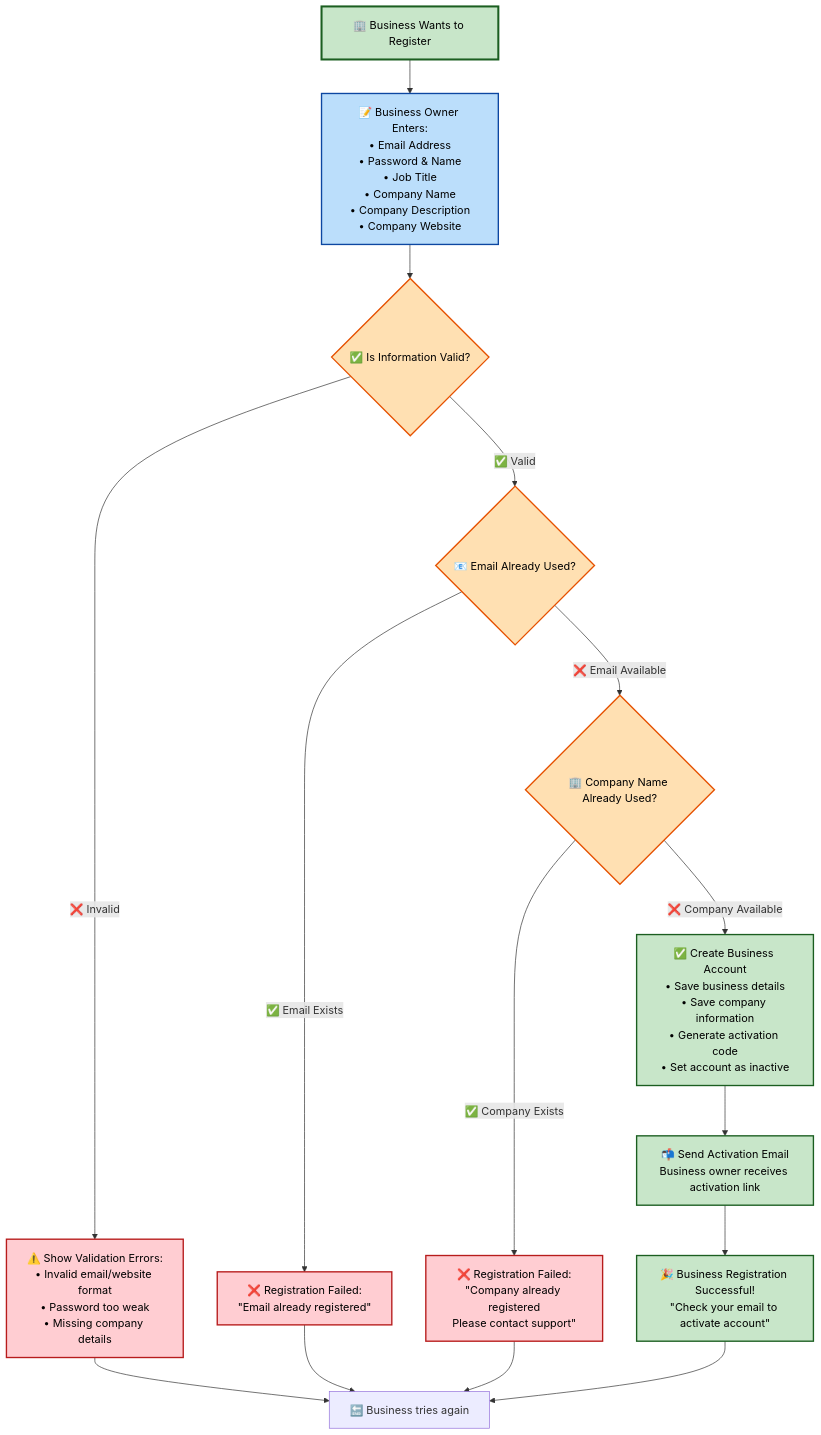
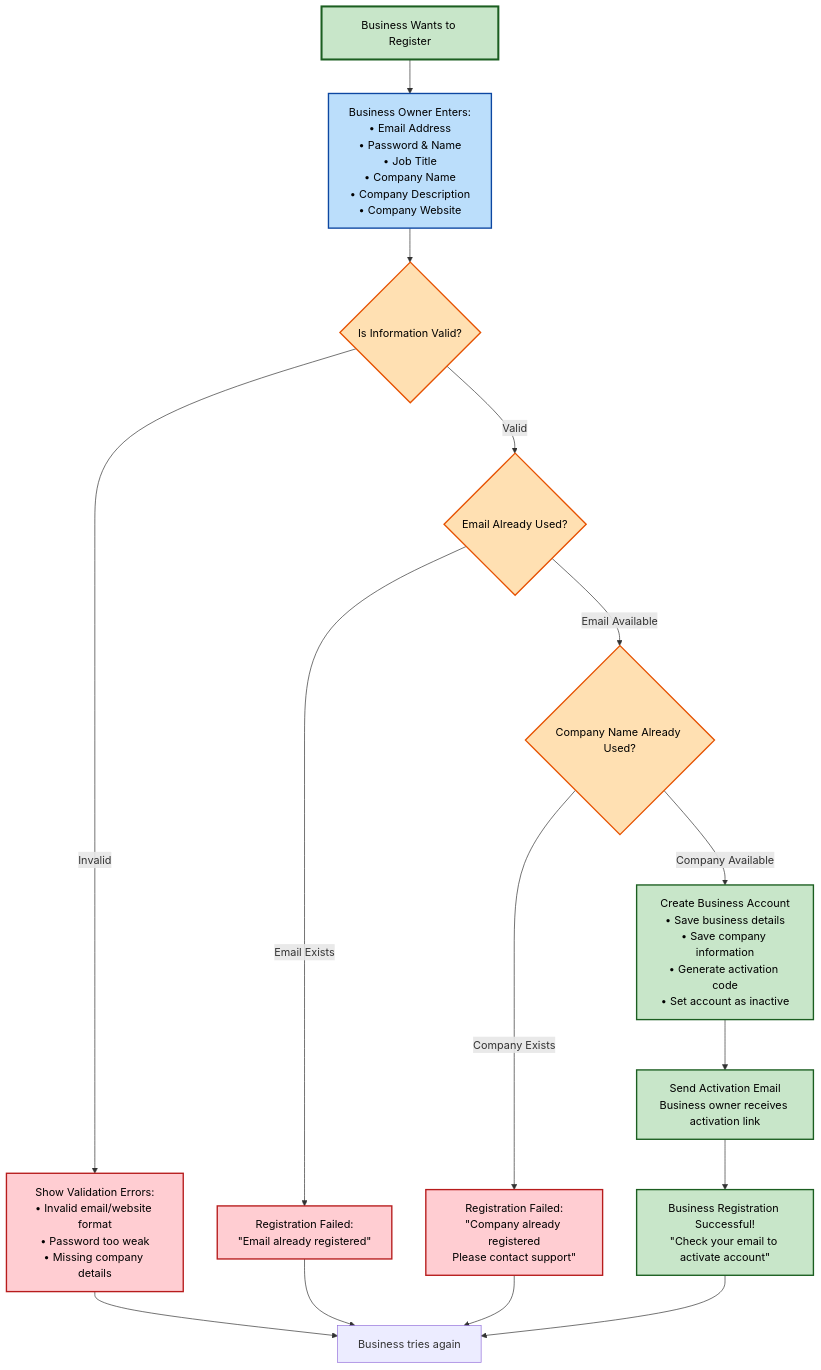
The second of 4 diagrams in diagrams/business-process-flows.md (cup1111/zendulge-be), drawn with Mermaid before and after one commit. The commit also changed other lines of this file, not shown here.

Commit message:
remove icon in flowchart digram

````diff
--- a/diagrams/business-process-flows.md
+++ b/diagrams/business-process-flows.md
@@ -43,40 +43,40 @@
 ```mermaid
 flowchart TD
-    StartBiz[🏢 Business Wants to Register] --> InputBiz[📝 Business Owner Enters:<br/>• Email Address<br/>• Password & Name<br/>• Job Title<br/>• Company Name<br/>• Company Description<br/>• Company Website]
+    StartBiz[Business Wants to Register] --> InputBiz[Business Owner Enters:<br/>• Email Address<br/>• Password & Name<br/>• Job Title<br/>• Company Name<br/>• Company Description<br/>• Company Website]
     
-    InputBiz --> ValidateBiz{✅ Is Information Valid?}
+    InputBiz --> ValidateBiz{Is Information Valid?}
     
-    ValidateBiz -->|❌ Invalid| ValidationFailBiz[⚠️ Show Validation Errors:<br/>• Invalid email/website format<br/>• Password too weak<br/>• Missing company details]
+    ValidateBiz -->|Invalid| ValidationFailBiz[Show Validation Errors:<br/>• Invalid email/website format<br/>• Password too weak<br/>• Missing company details]
     
-    ValidateBiz -->|✅ Valid| CheckEmailBiz{📧 Email Already Used?}
+    ValidateBiz -->|Valid| CheckEmailBiz{Email Already Used?}
     
-    CheckEmailBiz -->|✅ Email Exists| EmailExistsBiz[❌ Registration Failed:<br/>&quot;Email already registered&quot;]
+    CheckEmailBiz -->|Email Exists| EmailExistsBiz[Registration Failed:<br/>&quot;Email already registered&quot;]
     
-    CheckEmailBiz -->|❌ Email Available| CheckCompany{🏢 Company Name Already Used?}
+    CheckEmailBiz -->|Email Available| CheckCompany{Company Name Already Used?}
     
-    CheckCompany -->|✅ Company Exists| CompanyExists[❌ Registration Failed:<br/>&quot;Company already registered<br/>Please contact support&quot;]
+    CheckCompany -->|Company Exists| CompanyExists[Registration Failed:<br/>&quot;Company already registered<br/>Please contact support&quot;]
     
-    CheckCompany -->|❌ Company Available| CreateBizAccount[✅ Create Business Account<br/>• Save business details<br/>• Save company information<br/>• Generate activation code<br/>• Set account as inactive]
+    CheckCompany -->|Company Available| CreateBizAccount[Create Business Account<br/>• Save business details<br/>• Save company information<br/>• Generate activation code<br/>• Set account as inactive]
     
-    CreateBizAccount --> SendEmailBiz[📬 Send Activation Email<br/>Business owner receives activation link]
+    CreateBizAccount --> SendEmailBiz[Send Activation Email<br/>Business owner receives activation link]
     
-    SendEmailBiz --> SuccessBiz[🎉 Business Registration Successful!<br/>&quot;Check your email to activate account&quot;]
+    SendEmailBiz --> SuccessBiz[Business Registration Successful!<br/>&quot;Check your email to activate account&quot;]
     
-    ValidationFailBiz --> EndBiz[🔚 Business tries again]
+    ValidationFailBiz --> EndBiz[Business tries again]
     EmailExistsBiz --> EndBiz
     CompanyExists --> EndBiz
     SuccessBiz --> EndBiz
     
     %% Styling
     classDef startClass fill:#c8e6c9,stroke:#1b5e20,stroke-width:3px,color:#000000
     classDef errorClass fill:#ffcdd2,stroke:#b71c1c,stroke-width:2px,color:#000000  
     classDef successClass fill:#c8e6c9,stroke:#1b5e20,stroke-width:2px,color:#000000
     classDef processClass fill:#bbdefb,stroke:#0d47a1,stroke-width:2px,color:#000000
     classDef decisionClass fill:#ffe0b2,stroke:#e65100,stroke-width:2px,color:#000000
     
     class StartBiz startClass
     class ValidationFailBiz,EmailExistsBiz,CompanyExists errorClass
     class CreateBizAccount,SendEmailBiz,SuccessBiz successClass
     class InputBiz processClass
     class ValidateBiz,CheckEmailBiz,CheckCompany decisionClass
 ```
````
